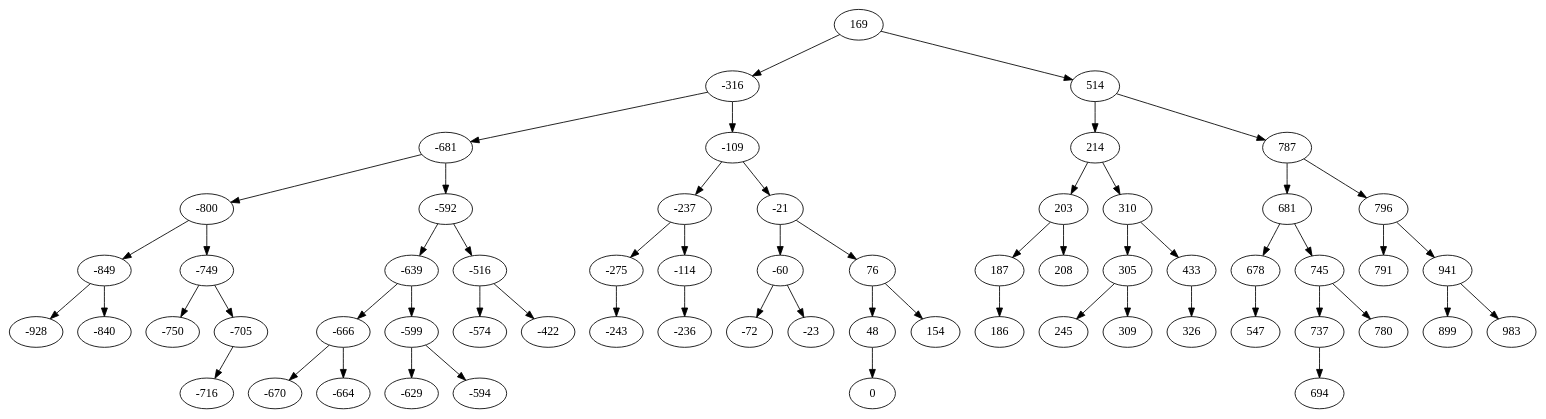
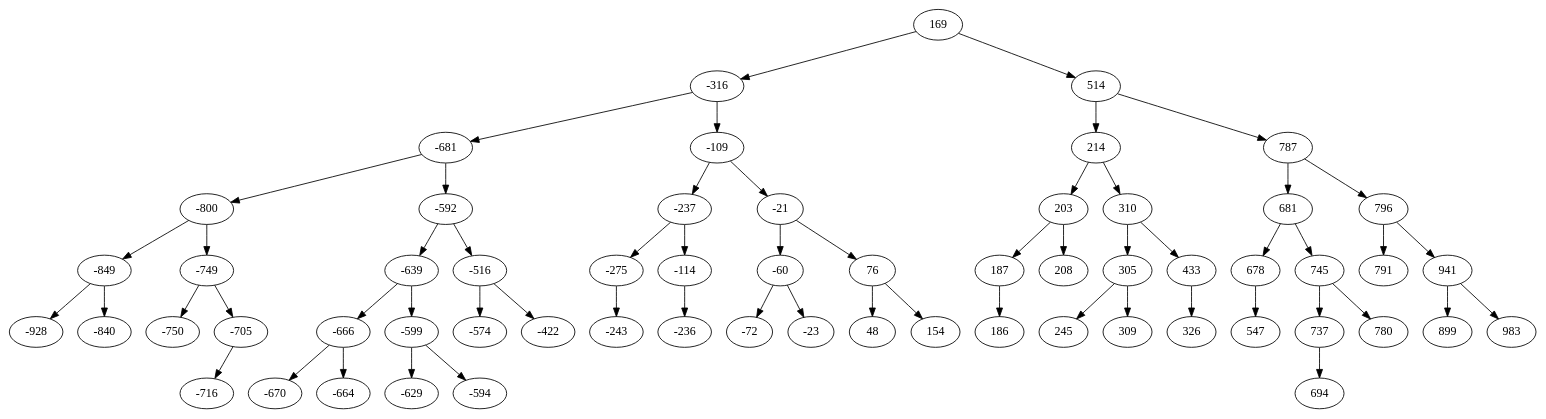
The diagram in cpp/outGraph.dot (tinyynoob/mixed), drawn with Graphviz before and after one commit.

```diff
--- a/cpp/outGraph.dot
+++ b/cpp/outGraph.dot
@@ -1,63 +1,62 @@
 digraph AVL_tree {
 	169 -> {-316 514};
 	-316 -> {-681 -109};
 	-681 -> {-800 -592};
 	-800 -> {-849 -749};
 	-849 -> {-928 -840};
 	-928 -> {};
 	-840 -> {};
 	-749 -> {-750 -705};
 	-750 -> {};
 	-705 -> {-716 };
 	-716 -> {};
 	-592 -> {-639 -516};
 	-639 -> {-666 -599};
 	-666 -> {-670 -664};
 	-670 -> {};
 	-664 -> {};
 	-599 -> {-629 -594};
 	-629 -> {};
 	-594 -> {};
 	-516 -> {-574 -422};
 	-574 -> {};
 	-422 -> {};
 	-109 -> {-237 -21};
 	-237 -> {-275 -114};
 	-275 -> {-243};
 	-243 -> {};
 	-114 -> {-236 };
 	-236 -> {};
 	-21 -> {-60 76};
 	-60 -> {-72 -23};
 	-72 -> {};
 	-23 -> {};
 	76 -> {48 154};
-	48 -> {0 };
-	0 -> {};
+	48 -> {};
 	154 -> {};
 	514 -> {214 787};
 	214 -> {203 310};
 	203 -> {187 208};
 	187 -> {186 };
 	186 -> {};
 	208 -> {};
 	310 -> {305 433};
 	305 -> {245 309};
 	245 -> {};
 	309 -> {};
 	433 -> {326 };
 	326 -> {};
 	787 -> {681 796};
 	681 -> {678 745};
 	678 -> {547 };
 	547 -> {};
 	745 -> {737 780};
 	737 -> {694 };
 	694 -> {};
 	780 -> {};
 	796 -> {791 941};
 	791 -> {};
 	941 -> {899 983};
 	899 -> {};
 	983 -> {};
 }
```
